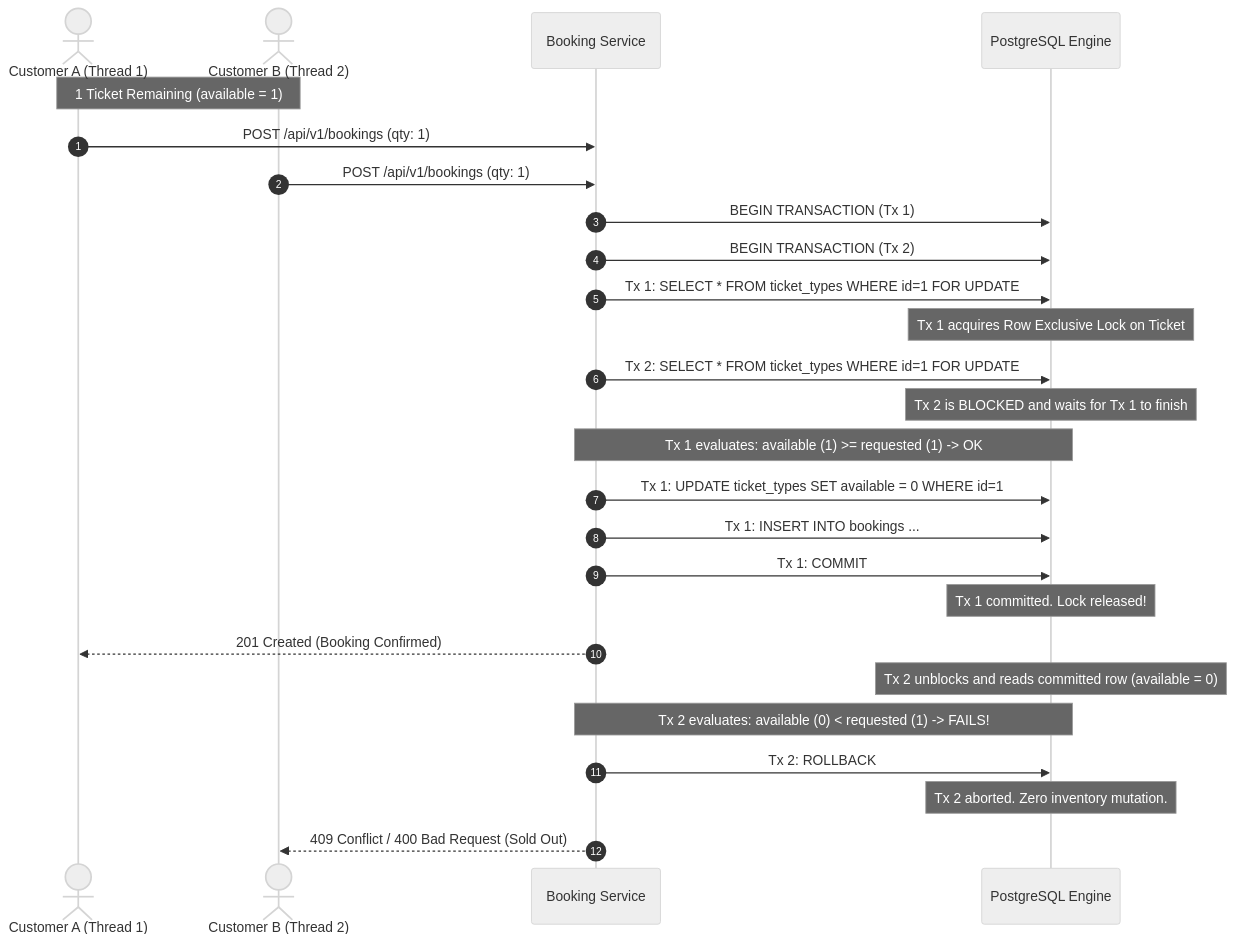
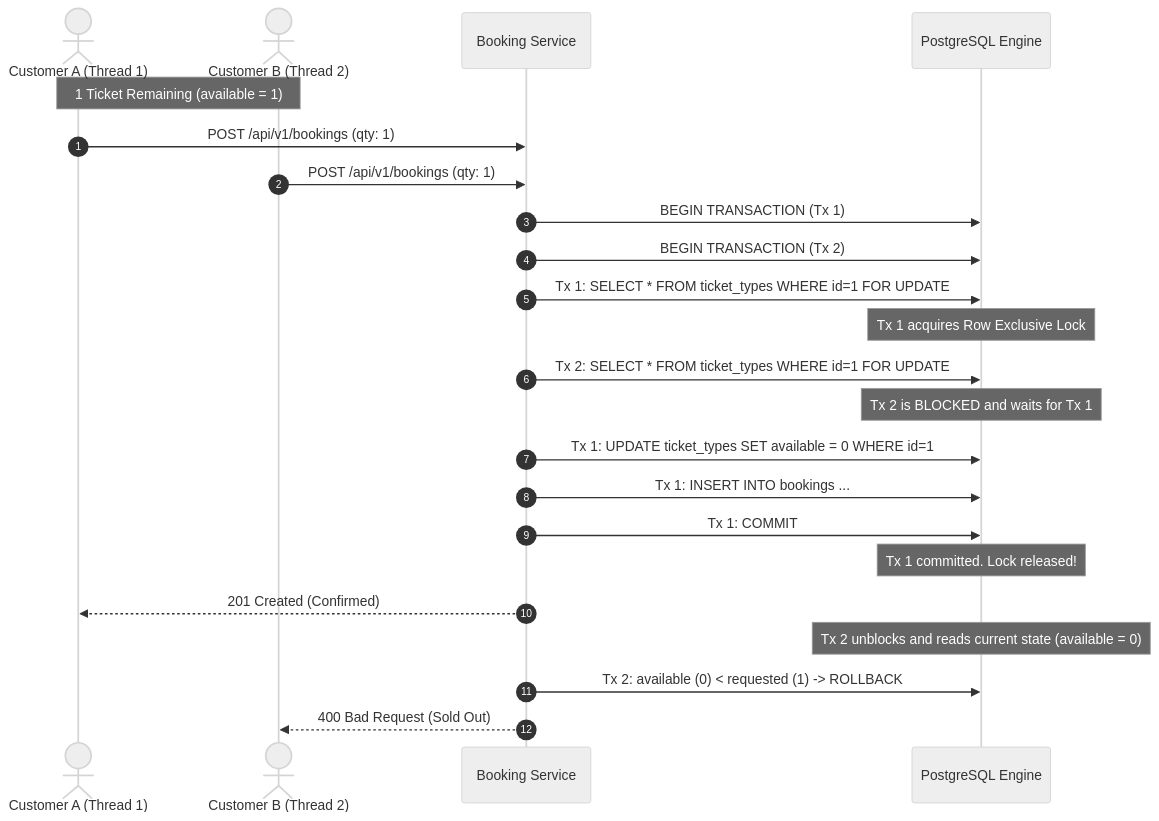
Before and after one commit to LonelyDreamer005/EventFlow: the diagram in README.md, drawn with Mermaid (neutral theme). The commit also changed other lines of this file, not shown here.

````diff
--- a/README.md
+++ b/README.md
@@ -174,34 +39,31 @@
 ```mermaid
 sequenceDiagram
     autonumber
     actor CustomerA as Customer A (Thread 1)
     actor CustomerB as Customer B (Thread 2)
     participant API as Booking Service
     participant DB as PostgreSQL Engine
 
     Note over CustomerA,CustomerB: 1 Ticket Remaining (available = 1)
     CustomerA->>API: POST /api/v1/bookings (qty: 1)
     CustomerB->>API: POST /api/v1/bookings (qty: 1)
     
     API->>DB: BEGIN TRANSACTION (Tx 1)
     API->>DB: BEGIN TRANSACTION (Tx 2)
 
     API->>DB: Tx 1: SELECT * FROM ticket_types WHERE id=1 FOR UPDATE;
-    Note over DB: Tx 1 acquires Row Exclusive Lock on Ticket #1
+    Note over DB: Tx 1 acquires Row Exclusive Lock
     
     API->>DB: Tx 2: SELECT * FROM ticket_types WHERE id=1 FOR UPDATE;
-    Note over DB: Tx 2 is BLOCKED and waits for Tx 1 to finish
-
-    Note over API,DB: Tx 1 evaluates: available (1) >= requested (1) -> OK
+    Note over DB: Tx 2 is BLOCKED and waits for Tx 1
+    
     API->>DB: Tx 1: UPDATE ticket_types SET available = 0 WHERE id=1;
     API->>DB: Tx 1: INSERT INTO bookings ...;
     API->>DB: Tx 1: COMMIT;
     Note over DB: Tx 1 committed. Lock released!
-    API-->>CustomerA: 201 Created (Booking Confirmed)
+    API-->>CustomerA: 201 Created (Confirmed)
 
-    Note over DB: Tx 2 unblocks and reads committed row (available = 0)
-    Note over API,DB: Tx 2 evaluates: available (0) < requested (1) -> FAILS!
-    API->>DB: Tx 2: ROLLBACK;
-    Note over DB: Tx 2 aborted. Zero inventory mutation.
-    API-->>CustomerB: 409 Conflict / 400 Bad Request (Sold Out)
+    Note over DB: Tx 2 unblocks and reads current state (available = 0)
+    API->>DB: Tx 2: available (0) < requested (1) -> ROLLBACK;
+    API-->>CustomerB: 400 Bad Request (Sold Out)
 ```
````
